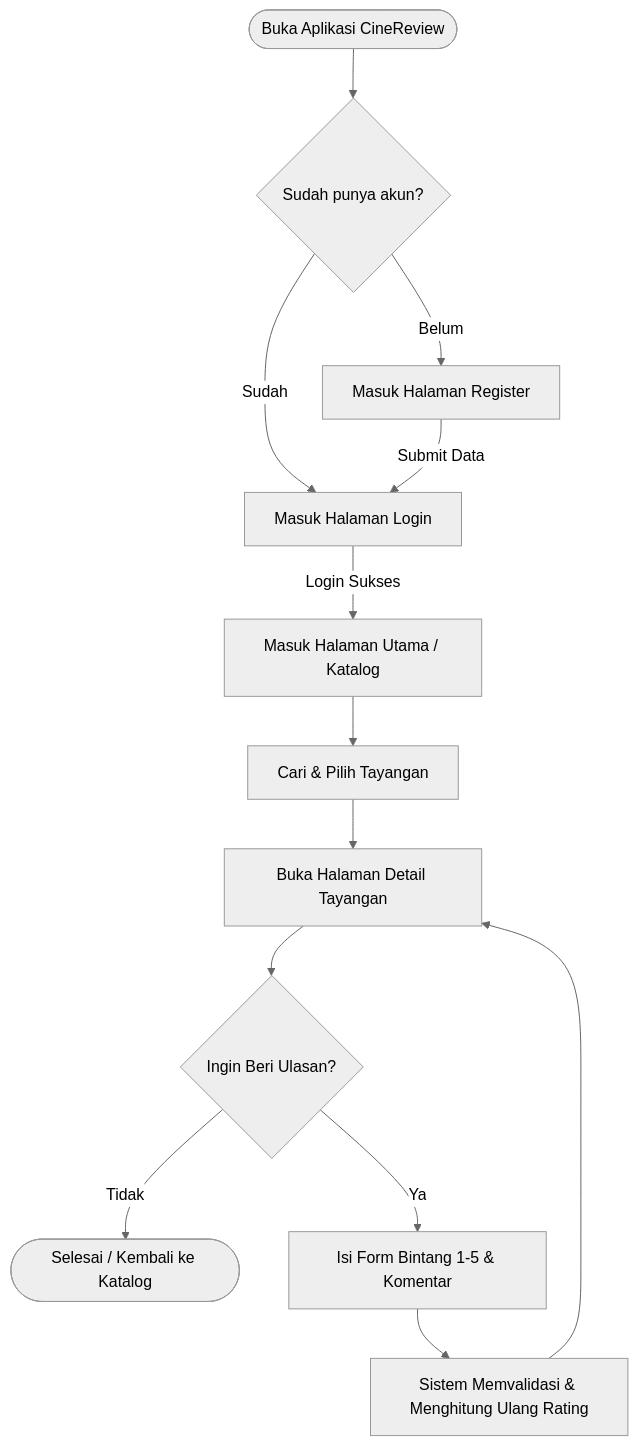
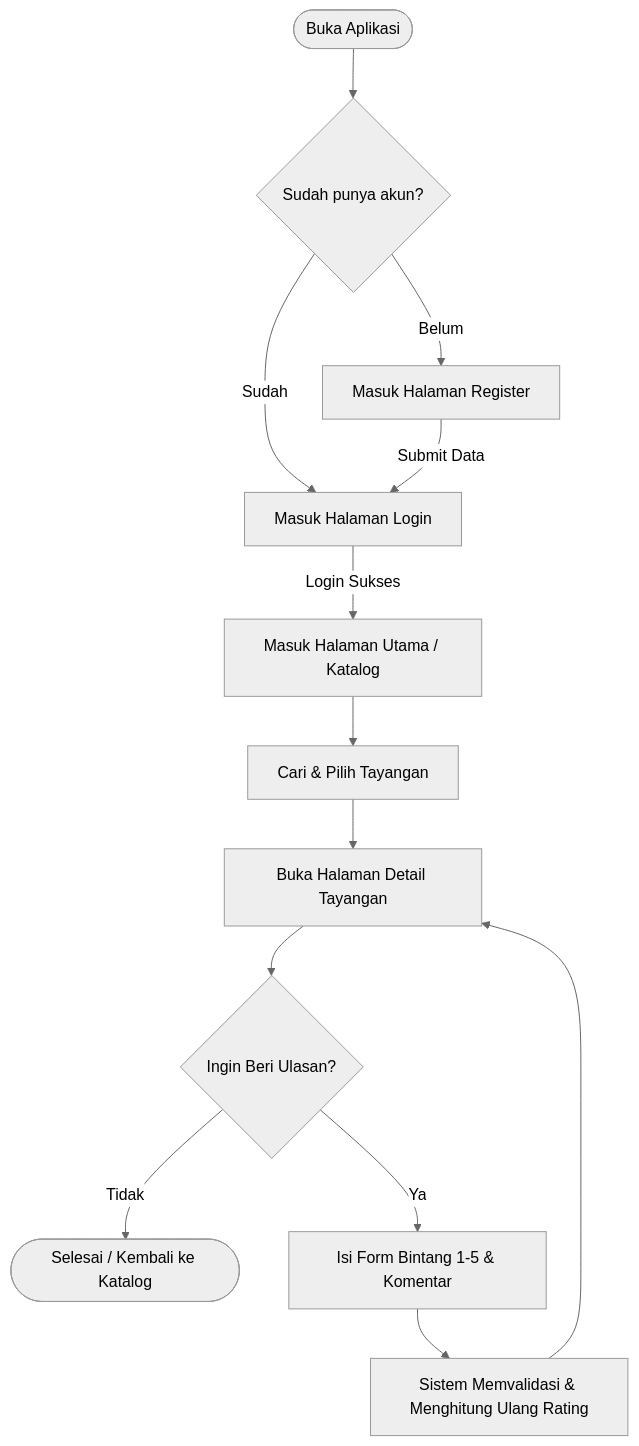
The second of 4 diagrams in docs/flowchart.md (karimaulya/AbsoluteCinema), drawn with Mermaid (neutral theme) before and after one commit. The commit also changed other lines of this file, not shown here.

Commit message:
Update application name from CineReview to Absolute Cinema

````diff
--- a/docs/flowchart.md
+++ b/docs/flowchart.md
@@ -46,20 +46,20 @@
 ```mermaid
 flowchart TD
-    A([Buka Aplikasi CineReview]) --> B{Sudah punya akun?}
+    A([Buka Aplikasi]) --> B{Sudah punya akun?}
     
     B -- Belum --> C[Masuk Halaman Register]
     B -- Sudah --> D[Masuk Halaman Login]
     
     C -->|Submit Data| D
     D -->|Login Sukses| E[Masuk Halaman Utama / Katalog]
     
     E --> F[Cari & Pilih Tayangan]
     F --> G[Buka Halaman Detail Tayangan]
     
     G --> H{Ingin Beri Ulasan?}
     H -- Tidak --> I([Selesai / Kembali ke Katalog])
     
     H -- Ya --> J[Isi Form Bintang 1-5 & Komentar]
     J --> K[Sistem Memvalidasi & Menghitung Ulang Rating]
     K --> G
 ```
````
